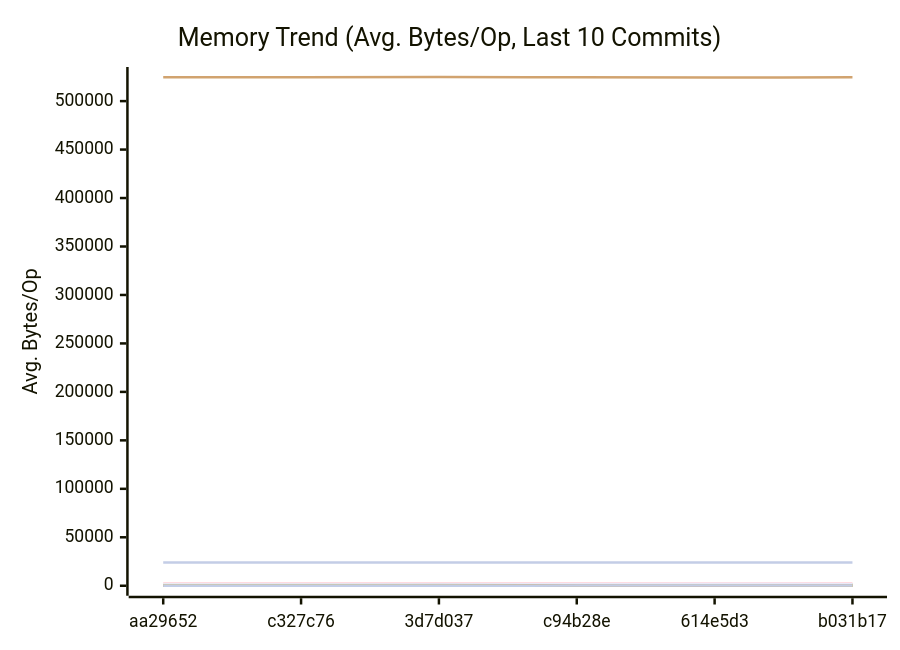
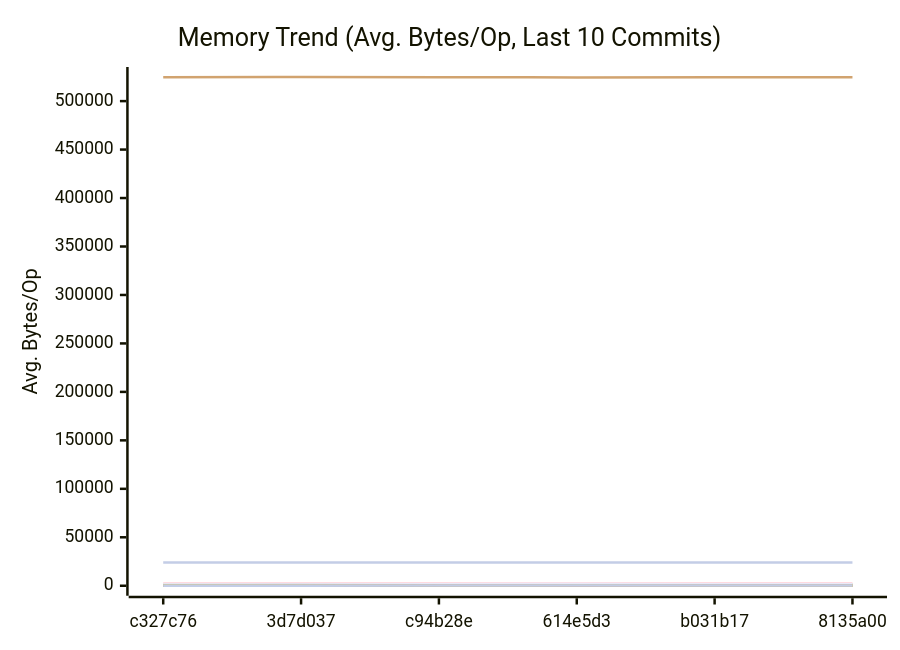
One commit to alsotoes/momo changed the second of 3 diagrams in docs/PERFORMANCE.md. Above: the diagram before and after it, drawn with Mermaid. The commit also changed other lines of this file and 1 other file, not shown here.

````diff
--- a/docs/PERFORMANCE.md
+++ b/docs/PERFORMANCE.md
@@ -310,44 +310,44 @@
 ```mermaid
 xychart-beta
     title "Memory Trend (Avg. Bytes/Op, Last 10 Commits)"
     x-axis "Commit"
     y-axis "Avg. Bytes/Op"
-    x-axis [aa29652,c327c76,3d7d037,c94b28e,614e5d3,b031b17]
-    line "AWSChunkedReaderSigned" [64,68,46,98,80,70,106,85,62,72]
-    line "AWSChunkedReaderUnsigned" [49,63,59,75,91,78,84,68,66,70]
+    x-axis [c327c76,3d7d037,c94b28e,614e5d3,b031b17,8135a00]
+    line "AWSChunkedReaderSigned" [68,46,98,80,70,106,85,62,72,80]
+    line "AWSChunkedReaderUnsigned" [63,59,75,91,78,84,68,66,70,68]
     line "CheckMetricsAndSwap" [0,0,0,0,0,0,0,0,0,0]
     line "CrushOptimized" [0,0,0,0,0,0,0,0,0,0]
     line "CrushOriginal" [164,164,164,164,164,164,164,164,164,164]
-    line "FormatListObjectsV2XML_AppendFormat" [524580,524552,524871,524558,524474,524487,524493,524491,524618,524521]
+    line "FormatListObjectsV2XML_AppendFormat" [524552,524871,524558,524474,524487,524493,524491,524618,524521,524495]
     line "FormatListObjectsV2XML_OldFormat" [24000,24000,24000,24000,24000,24000,24000,24000,24000,24000]
-    line "HashBytes/1MiB" [138,157,137,195,139,187,213,178,135,158]
-    line "HashBytes/256MiB" [129,172,116,191,150,250,237,208,140,144]
-    line "HashBytes/64MiB" [132,172,107,132,159,198,175,180,134,130]
-    line "HashFile/1MiB" [127,148,121,187,160,251,167,203,132,131]
-    line "HashFile/256MiB" [126,156,118,177,172,188,165,187,118,148]
-    line "HashFile/64MiB" [120,142,102,169,207,193,175,165,106,147]
+    line "HashBytes/1MiB" [157,137,195,139,187,213,178,135,158,173]
+    line "HashBytes/256MiB" [172,116,191,150,250,237,208,140,144,168]
+    line "HashBytes/64MiB" [172,107,132,159,198,175,180,134,130,144]
+    line "HashFile/1MiB" [148,121,187,160,251,167,203,132,131,173]
+    line "HashFile/256MiB" [156,118,177,172,188,165,187,118,148,172]
+    line "HashFile/64MiB" [142,102,169,207,193,175,165,106,147,200]
     line "IndexDirectTracking" [0,0,0,0,0,0,0,0,0,0]
     line "IndexSearch" [0,0,0,0,0,0,0,0,0,0]
     line "LastModifiedHeader_AppendFormat" [0,0,0,0,0,0,0,0,0,0]
     line "LastModifiedHeader_Format" [32,32,32,32,32,32,32,32,32,32]
     line "LoadGlobalConfig" [1976,1976,1976,1976,1976,1976,1976,1976,1976,1976]
-    line "LocalWrite/1MiB" [592,751,950,1339,1557,1077,1130,940,952,1105]
-    line "LocalWrite/256MiB" [1674,1356,986,1532,1495,1600,1673,1446,1129,1329]
-    line "LocalWrite/64MiB" [1365,1282,1194,1597,1782,1648,1456,1098,1310,1406]
+    line "LocalWrite/1MiB" [751,950,1339,1557,1077,1130,940,952,1105,1110]
+    line "LocalWrite/256MiB" [1356,986,1532,1495,1600,1673,1446,1129,1329,1440]
+    line "LocalWrite/64MiB" [1282,1194,1597,1782,1648,1456,1098,1310,1406,1520]
     line "PadString" [64,64,64,64,64,64,64,64,64,64]
     line "ParseReplicationOrder_NoPrealloc" [408,408,408,408,408,248,248,248,248,248]
     line "ParseReplicationOrder_Prealloc" [240,240,240,240,240,80,80,80,80,80]
     line "Placement" [352,352,352,352,352,352,352,352,352,352]
     line "PlacementDomainSpread" [352,352,352,352,352,352,352,352,352,352]
-    line "ReadVerify/1MiB" [186,157,86,185,136,220,179,124,139,134]
-    line "ReadVerify/256MiB" [154,147,118,177,204,219,127,151,122,142]
-    line "ReadVerify/64MiB" [179,155,126,175,148,315,131,129,123,132]
-    line "S3PutSpool/1MiB" [115,110,85,134,125,122,170,161,112,121]
-    line "S3PutSpool/256MiB" [112,111,101,149,123,148,219,144,114,124]
-    line "S3PutSpool/64MiB" [127,103,99,156,168,183,168,155,116,118]
+    line "ReadVerify/1MiB" [157,86,185,136,220,179,124,139,134,186]
+    line "ReadVerify/256MiB" [147,118,177,204,219,127,151,122,142,158]
+    line "ReadVerify/64MiB" [155,126,175,148,315,131,129,123,132,174]
+    line "S3PutSpool/1MiB" [110,85,134,125,122,170,161,112,121,154]
+    line "S3PutSpool/256MiB" [111,101,149,123,148,219,144,114,124,148]
+    line "S3PutSpool/64MiB" [103,99,156,168,183,168,155,116,118,137]
     line "SanitizeLog/Safe" [0,0,0,0,0,0,0,0,0,0]
     line "SanitizeLog/Unsafe" [704,704,704,704,704,704,704,704,704,704]
-    line "TrustedRead/1MiB" [125,140,108,186,217,246,135,143,109,127]
-    line "TrustedRead/256MiB" [123,110,83,160,128,226,212,181,127,129]
-    line "TrustedRead/64MiB" [124,113,70,144,220,225,161,144,118,124]
+    line "TrustedRead/1MiB" [140,108,186,217,246,135,143,109,127,142]
+    line "TrustedRead/256MiB" [110,83,160,128,226,212,181,127,129,167]
+    line "TrustedRead/64MiB" [113,70,144,220,225,161,144,118,124,169]
 ```
````
